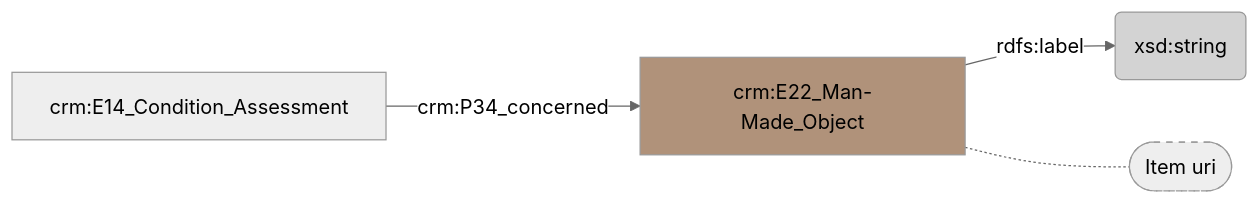
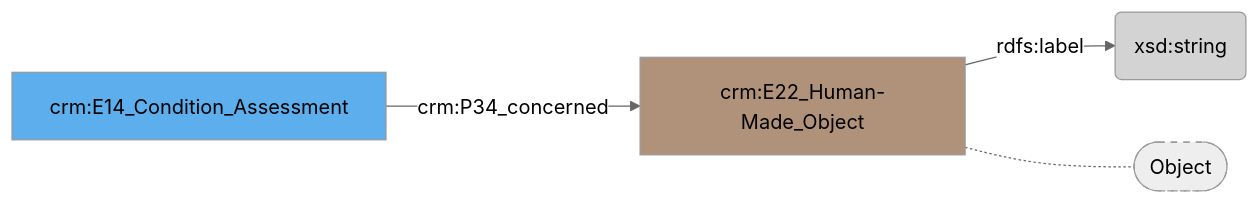
Before and after one commit to digipolisantwerpdocumentation/antwerp-cultureel-erfgoed: the diagram in docs/content/modellen/ConditionAssessment/Identificatie.md, drawn with Mermaid (neutral theme). The commit also changed 173 other files, not shown here.

````diff
--- a/docs/content/modellen/ConditionAssessment/Identificatie.md
+++ b/docs/content/modellen/ConditionAssessment/Identificatie.md
@@ -1,9 +1,10 @@
 ```mermaid
 graph LR
-71c80a42-efef-11ed-9232-00163e71351b["crm:E22_Man-Made_Object"]-->|"rdfs:label"|95efc11c-efef-11ed-a1e6-00163e71351b(xsd:string)
-42069382-efef-11ed-9232-00163e71351b["crm:E14_Condition_Assessment"]-->|"crm:P34_concerned"|71c80a42-efef-11ed-9232-00163e71351b["crm:E22_Man-Made_Object"]
+71c80a42-efef-11ed-9232-00163e71351b["crm:E22_Human-Made_Object"]-->|"rdfs:label"|95efc11c-efef-11ed-a1e6-00163e71351b(xsd:string)
+42069382-efef-11ed-9232-00163e71351b["crm:E14_Condition_Assessment"]-->|"crm:P34_concerned"|71c80a42-efef-11ed-9232-00163e71351b["crm:E22_Human-Made_Object"]
+71c80a42-efef-11ed-9232-00163e71351b["crm:E22_Human-Made_Object"]-.-71c80a42-efef-11ed-9232-00163e71351b_s(["Object"])
 style 71c80a42-efef-11ed-9232-00163e71351b_s stroke-dasharray: 5
-71c80a42-efef-11ed-9232-00163e71351b["crm:E22_Man-Made_Object"]-.-71c80a42-efef-11ed-9232-00163e71351b_s(["Item uri"])
+style 42069382-efef-11ed-9232-00163e71351b fill:#5DAEEC
 style 71c80a42-efef-11ed-9232-00163e71351b fill:#B0927A
 style 95efc11c-efef-11ed-a1e6-00163e71351b fill:#D3D3D3
 ```
````
